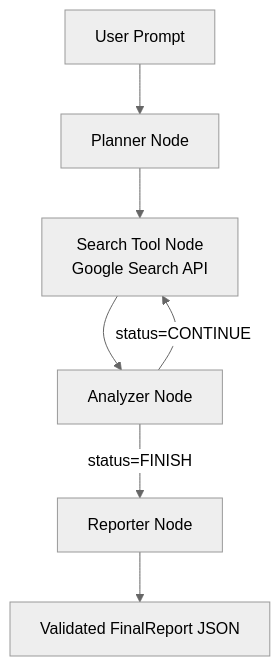
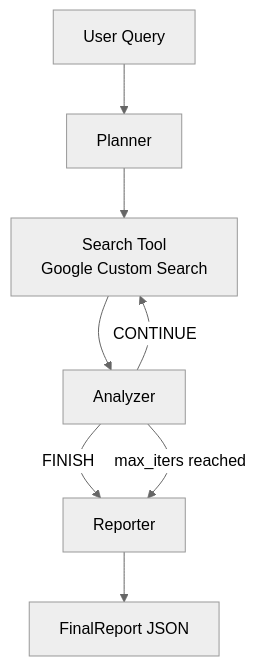
The first of 2 diagrams in README.md (LXMachado/SRA), drawn with Mermaid (neutral theme) before and after one commit. The commit also changed other lines of this file and 4 other files, not shown here.

Commit message:
Refactor configuration and workflow to support provider-agnostic API keys and enhance error handling in report generation

````diff
--- a/README.md
+++ b/README.md
@@ -133,9 +62,10 @@
 ```mermaid
 flowchart TD
-    A[User Prompt] --> B[Planner Node]
-    B --> C[Search Tool Node<br/>Google Search API]
-    C --> D[Analyzer Node]
-    D -->|status=CONTINUE| C
-    D -->|status=FINISH| E[Reporter Node]
-    E --> F[Validated FinalReport JSON]
+    A[User Query] --> B[Planner]
+    B --> C[Search Tool\nGoogle Custom Search]
+    C --> D[Analyzer]
+    D -->|CONTINUE| C
+    D -->|FINISH| E[Reporter]
+    D -->|max_iters reached| E
+    E --> F[FinalReport JSON]
 ```
````
